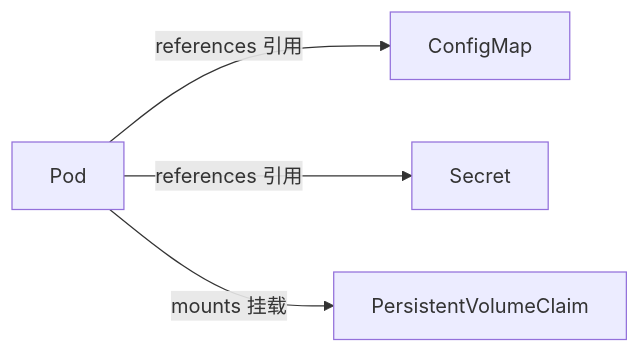
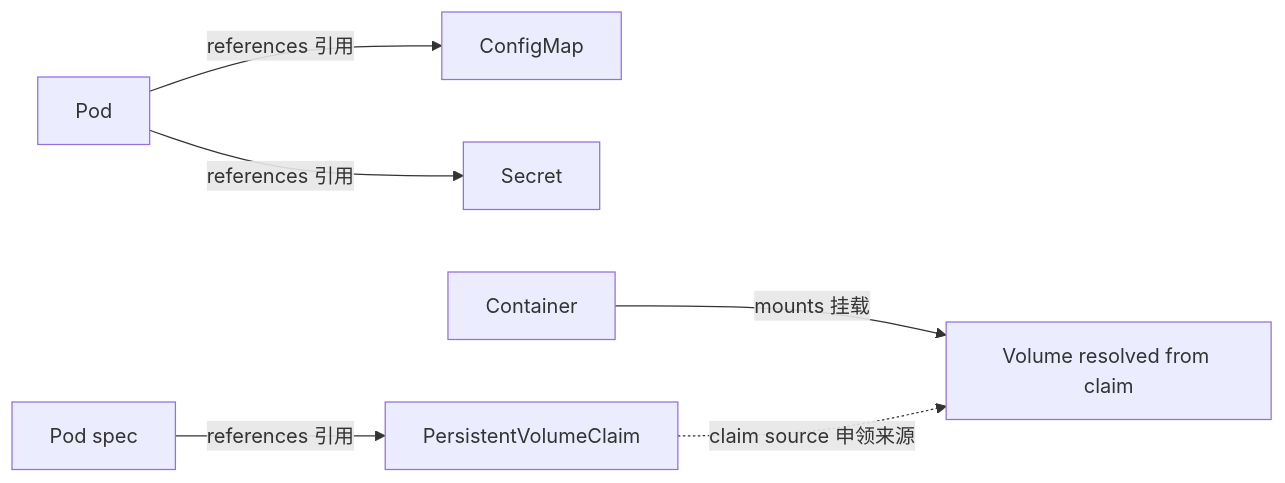
One commit to liufashi-Mr/cloud-native-docs changed the third of 4 diagrams in docs/index.md. Above: the diagram before and after it, drawn with Mermaid. The commit also changed other lines of this file and 3 other files, not shown here.

Commit message:
docs: validate learning path diagrams and semantics

````diff
--- a/docs/index.md
+++ b/docs/index.md
@@ -78,7 +81,9 @@
 ```mermaid
 flowchart LR
   P["Pod"]
   P -->|references 引用| CM["ConfigMap"]
   P -->|references 引用| SEC["Secret"]
-  P -->|mounts 挂载| PVC["PersistentVolumeClaim"]
+  PS["Pod spec"] -->|references 引用| PVC["PersistentVolumeClaim"]
+  C["Container"] -->|mounts 挂载| V["Volume resolved from claim"]
+  PVC -.->|claim source 申领来源| V
 ```
````
